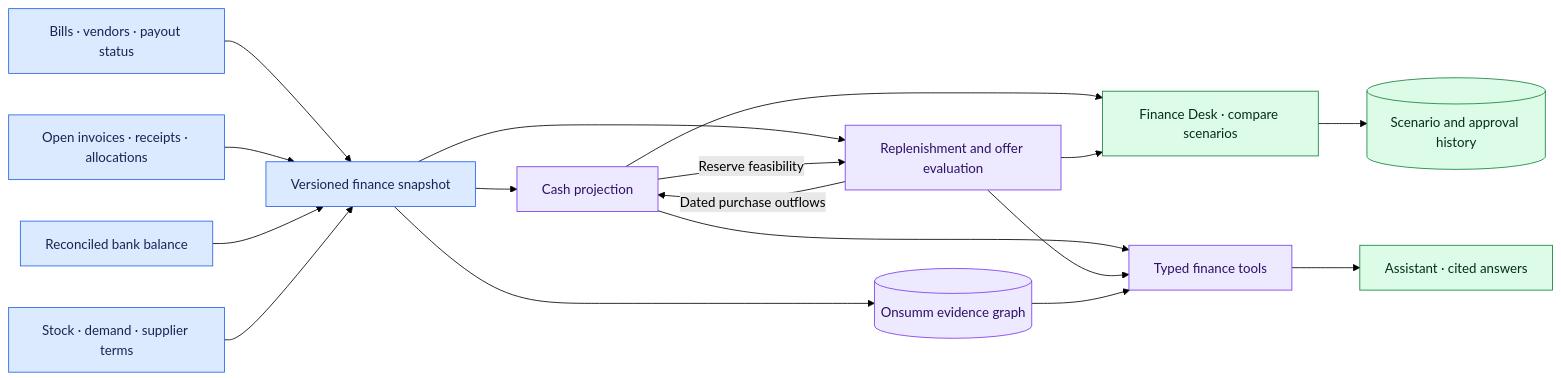
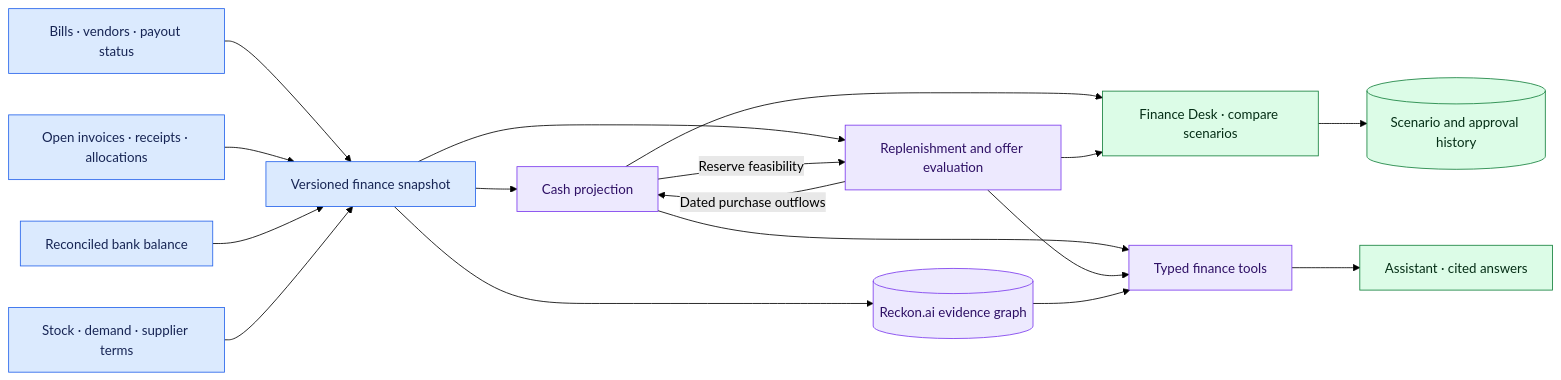
Before and after one commit to r-rishit27/equal_hackathon: the diagram in docs/finance-desk/TECHNICAL_DESIGN.md, drawn with Mermaid (forest theme). The commit also changed other lines of this file and 107 other files, not shown here.

````diff
--- a/docs/finance-desk/TECHNICAL_DESIGN.md
+++ b/docs/finance-desk/TECHNICAL_DESIGN.md
@@ -30,26 +30,26 @@
 ```mermaid
 flowchart LR
     AP["Bills · vendors · payout status"] --> Snap["Versioned finance snapshot"]
     AR["Open invoices · receipts · allocations"] --> Snap
     Bank["Reconciled bank balance"] --> Snap
     Stock["Stock · demand · supplier terms"] --> Snap
     Snap --> Flow["Cash projection"]
     Snap --> Reorder["Replenishment and offer evaluation"]
     Reorder -->|Dated purchase outflows| Flow
     Flow -->|Reserve feasibility| Reorder
-    Snap --> Graph[("Onsumm evidence graph")]
+    Snap --> Graph[("Reckon.ai evidence graph")]
     Flow --> Desk["Finance Desk · compare scenarios"]
     Reorder --> Desk
     Flow --> Tools["Typed finance tools"]
     Reorder --> Tools
     Graph --> Tools
     Tools --> Chat["Assistant · cited answers"]
     Desk --> Plan[("Scenario and approval history")]
 
     classDef source fill:#dbeafe,stroke:#2563eb,color:#172554;
     classDef compute fill:#ede9fe,stroke:#7c3aed,color:#2e1065;
     classDef output fill:#dcfce7,stroke:#15803d,color:#052e16;
     class AP,AR,Bank,Stock,Snap source;
     class Flow,Reorder,Graph,Tools compute;
     class Desk,Chat,Plan output;
 ```
````
